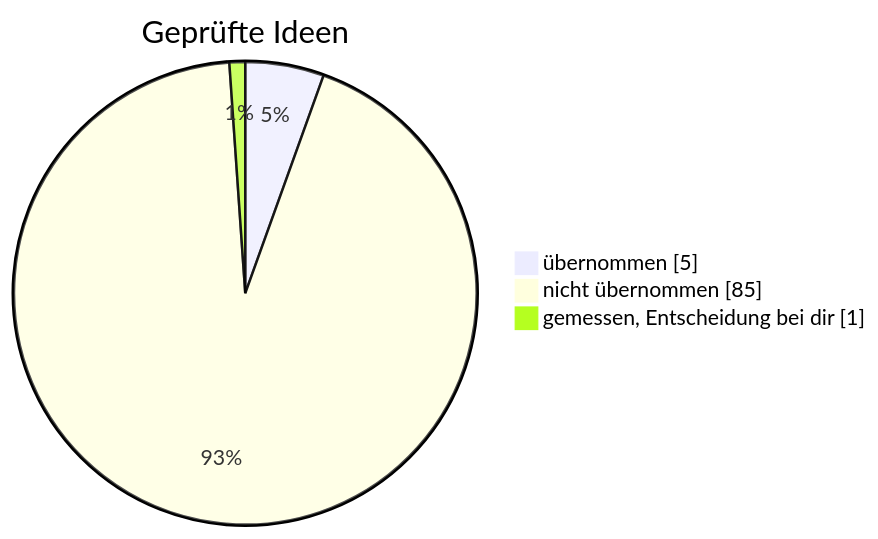
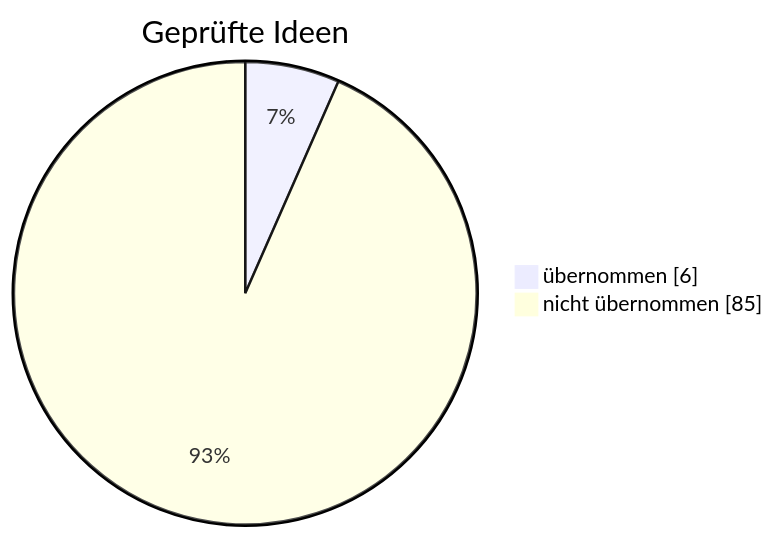
One commit to sickingmalte-arch/Test-Bot changed the diagram in gehirn/Notizen/Was der Bot schon weiß.md. Above: the diagram before and after it, drawn with Mermaid. The commit also changed other lines of this file and 6 other files, not shown here.

````diff
--- a/gehirn/Notizen/Was der Bot schon weiß.md
+++ b/gehirn/Notizen/Was der Bot schon weiß.md
@@ -22,7 +22,6 @@
 ```mermaid
 pie showData
     title Geprüfte Ideen
-    "übernommen" : 5
+    "übernommen" : 6
     "nicht übernommen" : 85
-    "gemessen, Entscheidung bei dir" : 1
 ```
````
